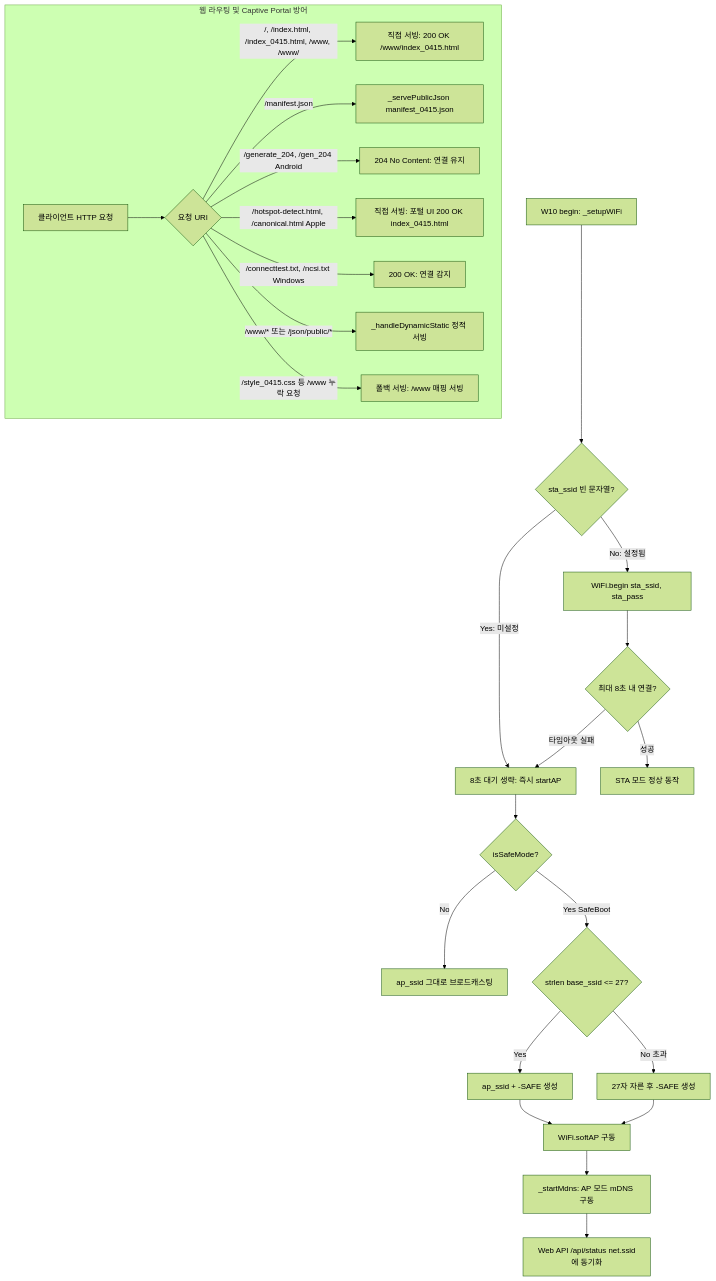
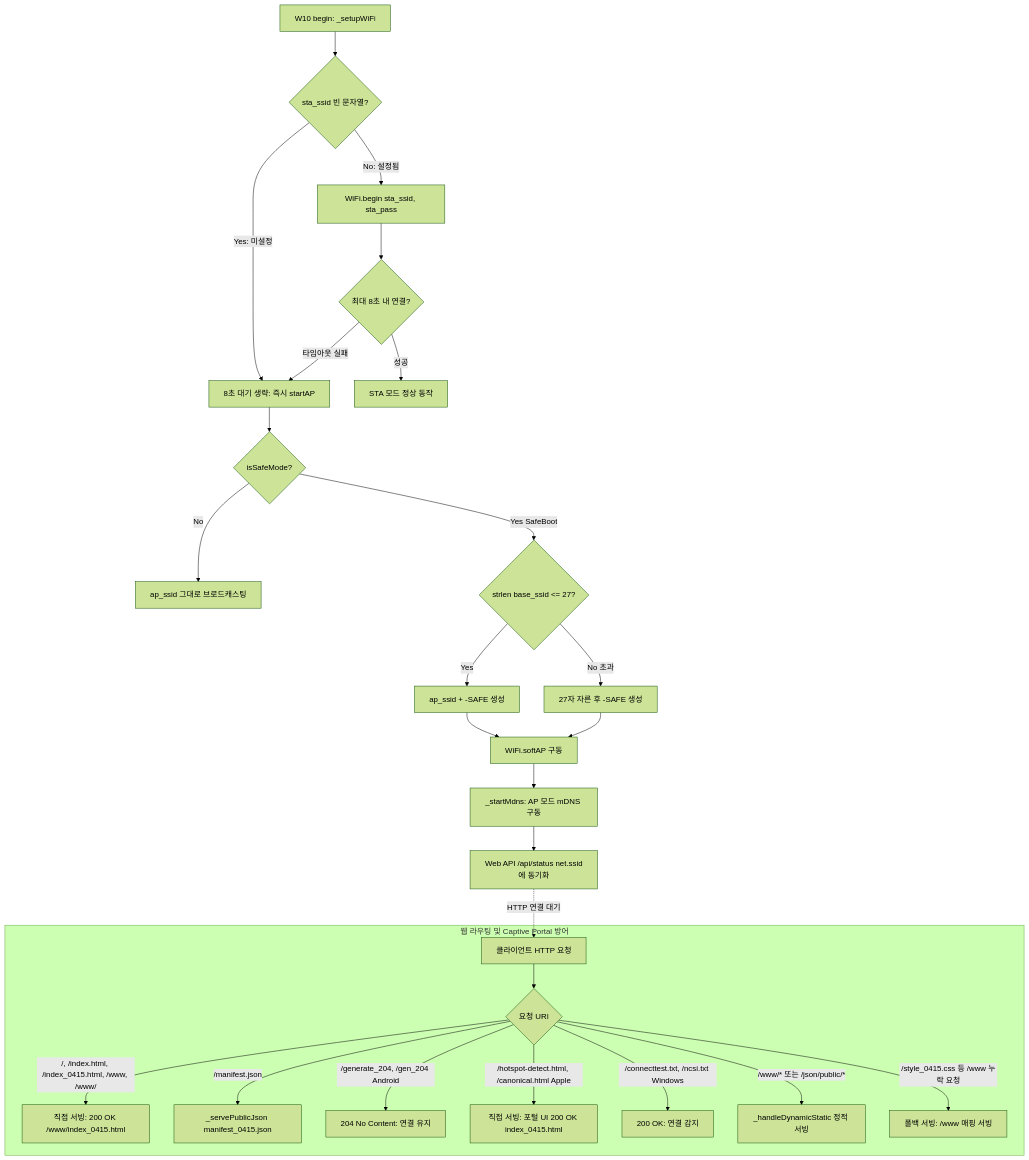
Diagram 12 of 14 in src/v0415/docs_v0415/contract_doc/FLOW_0415.md (hosanglee-kr/esp32_AirMouse_002), drawn with Mermaid (forest theme) before and after one commit. The commit also changed other lines of this file and 9 other files, not shown here.

First line of the commit message:
docs(contract): FLOW_0415 Mermaid 렌더링 호환성 개선 및 5대 계약 문서 현행화

````diff
--- a/src/v0415/docs_v0415/contract_doc/FLOW_0415.md
+++ b/src/v0415/docs_v0415/contract_doc/FLOW_0415.md
@@ -497,30 +497,31 @@
 ```mermaid
 flowchart TD
     Setup["W10 begin: _setupWiFi"] --> CheckSta{"sta_ssid 빈 문자열?"}
     CheckSta -- "Yes: 미설정" --> FastAP["8초 대기 생략: 즉시 startAP"]
     CheckSta -- "No: 설정됨" --> TrySTA["WiFi.begin sta_ssid, sta_pass"]
     TrySTA --> WaitSTA{"최대 8초 내 연결?"}
     WaitSTA -- "성공" --> STADone["STA 모드 정상 동작"]
     WaitSTA -- "타임아웃 실패" --> FastAP
     
     FastAP --> CheckSafe{"isSafeMode?"}
     CheckSafe -- "No" --> NormalSSID["ap_ssid 그대로 브로드캐스팅"]
     CheckSafe -- "Yes SafeBoot" --> LenCheck{"strlen base_ssid <= 27?"}
     LenCheck -- "Yes" --> AppendSafe["ap_ssid + -SAFE 생성"]
     LenCheck -- "No 초과" --> ClampSafe["27자 자른 후 -SAFE 생성"]
     AppendSafe --> StartSoftAP["WiFi.softAP 구동"]
     ClampSafe --> StartSoftAP
     StartSoftAP --> StartMdns["_startMdns: AP 모드 mDNS 구동"]
     StartMdns --> SyncStatus["Web API /api/status net.ssid에 동기화"]
+    SyncStatus -. "HTTP 연결 대기" .-> Req
     
     subgraph WebRouting ["웹 라우팅 및 Captive Portal 방어"]
         Req["클라이언트 HTTP 요청"] --> UriCheck{"요청 URI"}
         UriCheck -- "/, /index.html, /index_0415.html, /www, /www/" --> DirectServe["직접 서빙: 200 OK /www/index_0415.html"]
         UriCheck -- "/manifest.json" --> Manifest["_servePublicJson manifest_0415.json"]
         UriCheck -- "/generate_204, /gen_204 Android" --> Resp204["204 No Content: 연결 유지"]
         UriCheck -- "/hotspot-detect.html, /canonical.html Apple" --> AppleServe["직접 서빙: 포털 UI 200 OK index_0415.html"]
         UriCheck -- "/connecttest.txt, /ncsi.txt Windows" --> Resp200["200 OK: 연결 감지"]
         UriCheck -- "/www/* 또는 /json/public/*" --> StaticServe["_handleDynamicStatic 정적 서빙"]
         UriCheck -- "/style_0415.css 등 /www 누락 요청" --> WwwFallback["폴백 서빙: /www 매핑 서빙"]
     end
 ```
````
